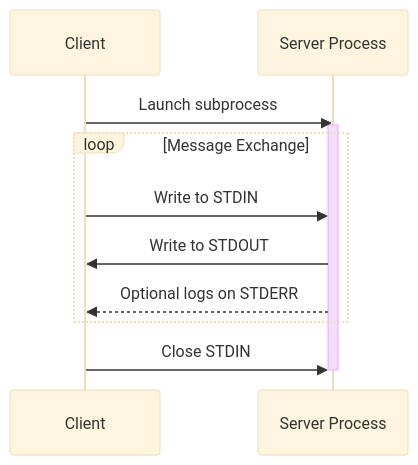
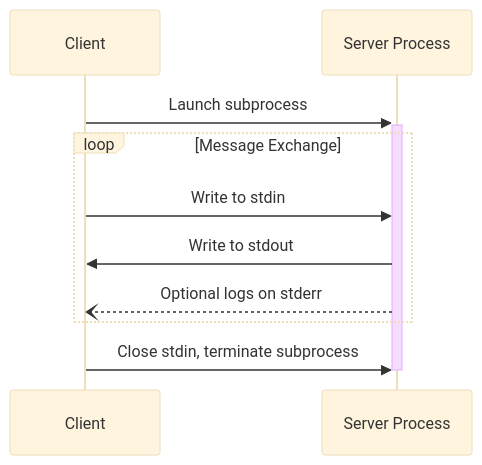
Before and after one commit to zcstarr/modelcontextprotocol: the first of 2 diagrams in docs/specification/basic/transports.md, drawn with Mermaid (base theme). The commit also changed other lines of this file, not shown here.

````diff
--- a/docs/specification/basic/transports.md
+++ b/docs/specification/basic/transports.md
@@ -17,15 +27,14 @@
 ```mermaid
 sequenceDiagram
     participant Client
     participant Server Process
 
-    Client->>Server Process: Launch subprocess
-    activate Server Process
+    Client->>+Server Process: Launch subprocess
     loop Message Exchange
-        Client->>Server Process: Write to STDIN
-        Server Process->>Client: Write to STDOUT
-        Server Process-->>Client: Optional logs on STDERR
+        Client->>Server Process: Write to stdin
+        Server Process->>Client: Write to stdout
+        Server Process--)Client: Optional logs on stderr
     end
-    Client->>Server Process: Close STDIN
+    Client->>Server Process: Close stdin, terminate subprocess
     deactivate Server Process
 ```
````
